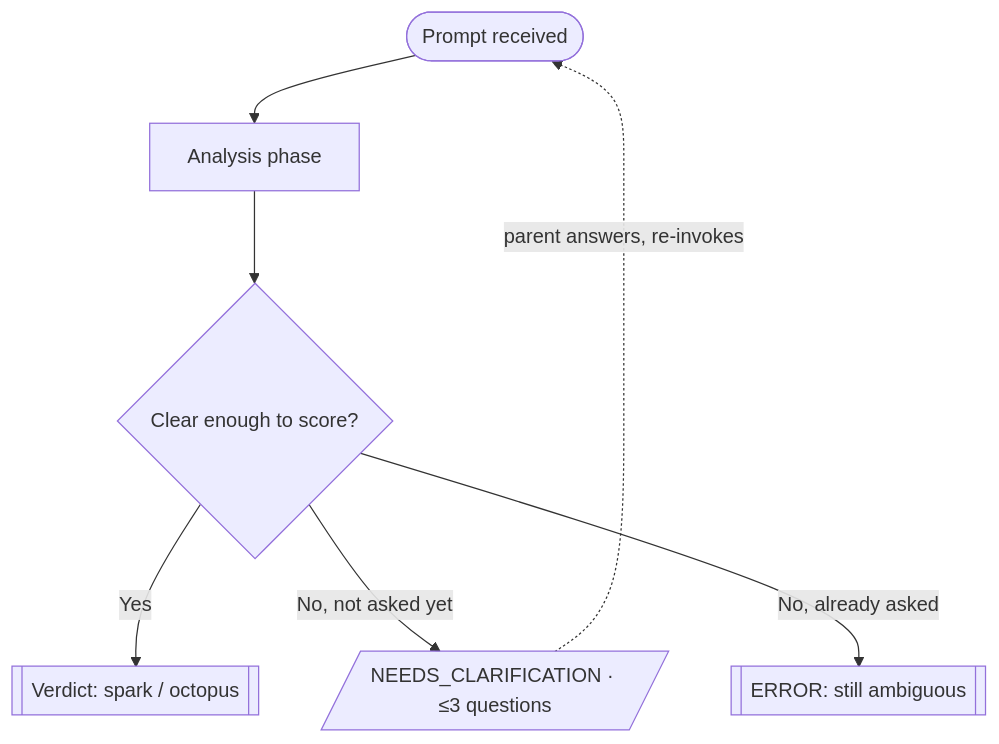
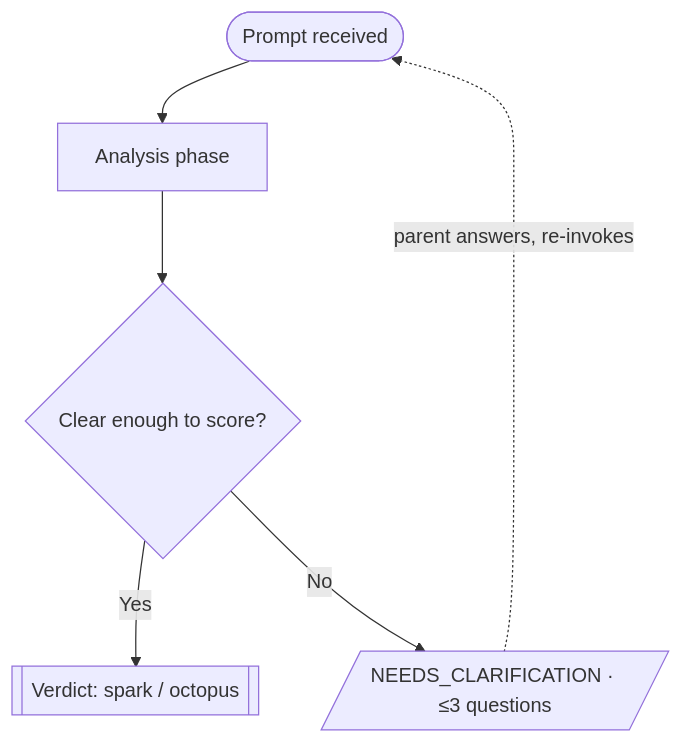
One commit to dosandk/SkillStack changed the diagram in .cursor/agents/requirements-complexity-agent.md. Above: the diagram before and after it, drawn with Mermaid. The commit also changed other lines of this file and 1 other file, not shown here.

First line of the commit message:
feat(agents): cap clarification and escalation

````diff
--- a/.cursor/agents/requirements-complexity-agent.md
+++ b/.cursor/agents/requirements-complexity-agent.md
@@ -33,9 +32,8 @@
 ```mermaid
 flowchart TD
     A([Prompt received]) --> B[Analysis phase]
     B --> C{Clear enough to score?}
     C -- Yes --> V[[Verdict: spark / octopus]]
-    C -- No, not asked yet --> Q[/NEEDS_CLARIFICATION · ≤3 questions/]
-    C -- No, already asked --> E[[ERROR: still ambiguous]]
+    C -- No --> Q[/NEEDS_CLARIFICATION · ≤3 questions/]
     Q -.->|parent answers, re-invokes| A
 ```
````
